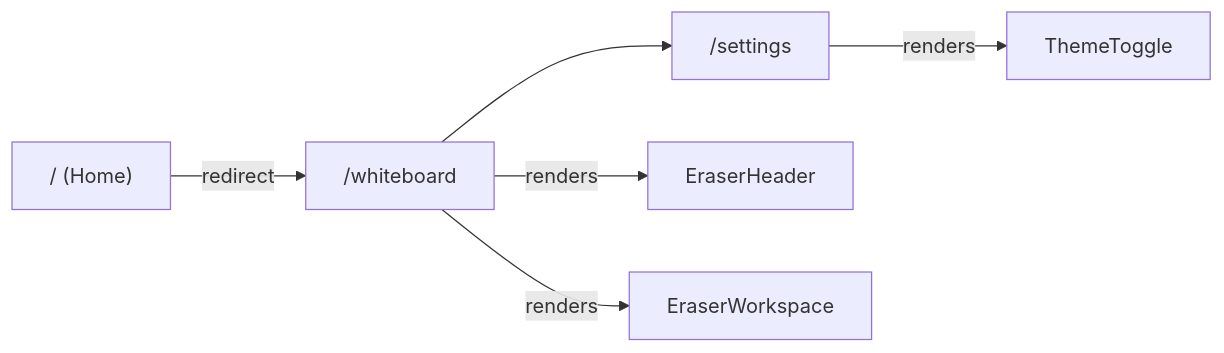
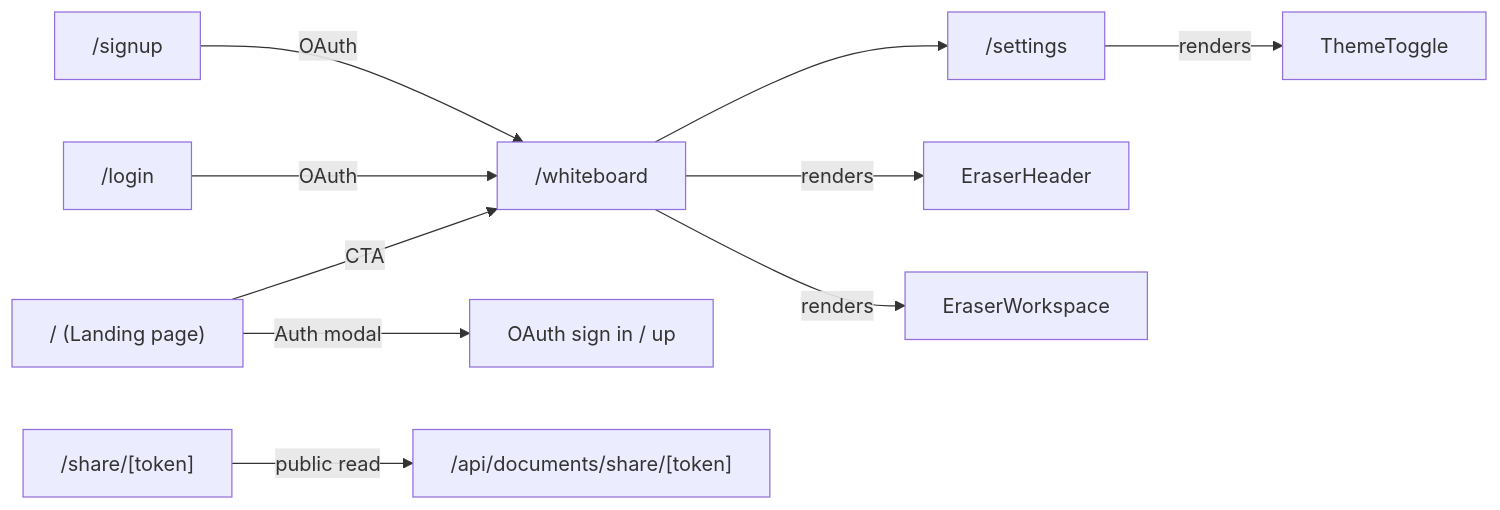
The first of 2 diagrams in Documentation/04-routing-and-pages.md (BhupendraLute/eraserio-clone), drawn with Mermaid before and after one commit. The commit also changed other lines of this file and 45 other files, not shown here.

First line of the commit message:
feat: add OAuth auth, NeonDB cloud persistence, and public sharing

````diff
--- a/Documentation/04-routing-and-pages.md
+++ b/Documentation/04-routing-and-pages.md
@@ -10,9 +10,13 @@
 ```mermaid
 flowchart LR
-    ROOT["/ (Home)"] -->|redirect| WB["/whiteboard"]
+    ROOT["/ (Landing page)"] -->|CTA| WB["/whiteboard"]
+    ROOT -->|Auth modal| AUTH["OAuth sign in / up"]
     WB --> SET["/settings"]
+    LOGIN["/login"] -->|OAuth| WB
+    SIGNUP["/signup"] -->|OAuth| WB
+    SHARE["/share/[token]"] -->|public read| API["/api/documents/share/[token]"]
 
     WB -->|renders| HDR["EraserHeader"]
     WB -->|renders| WS["EraserWorkspace"]
     SET -->|renders| TOGGLE["ThemeToggle"]
 ```
````
